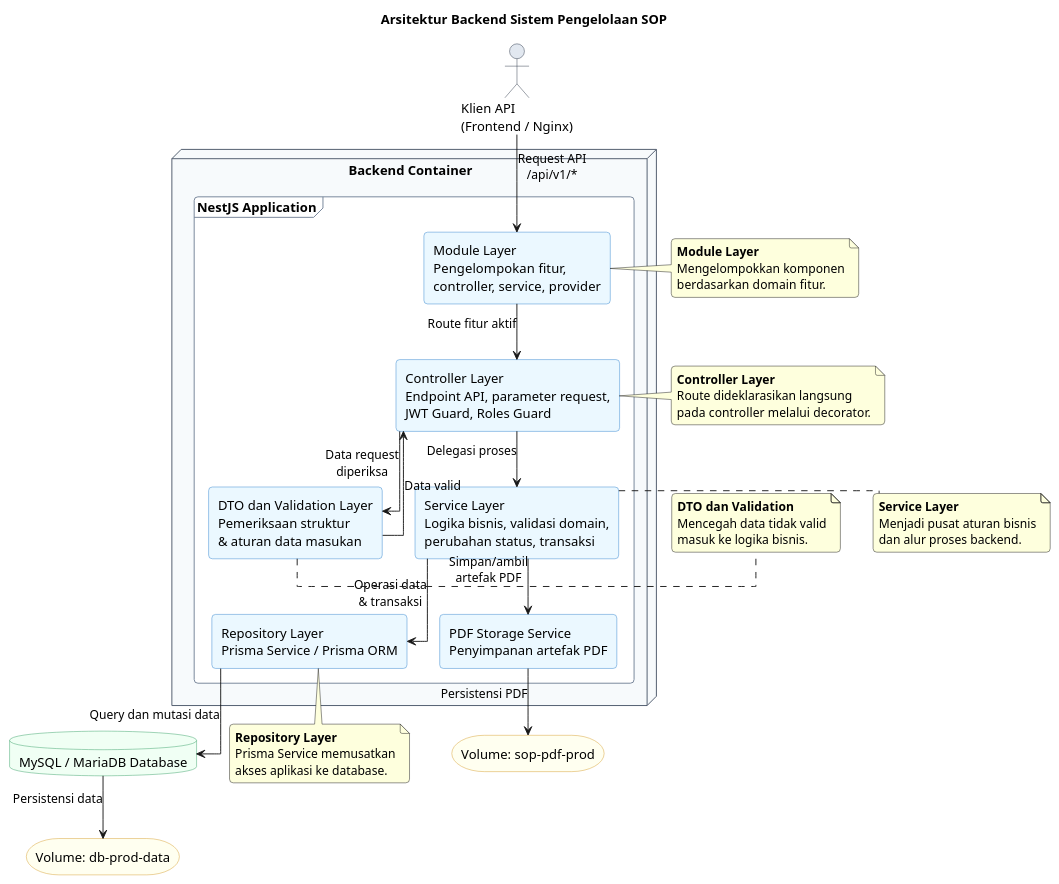
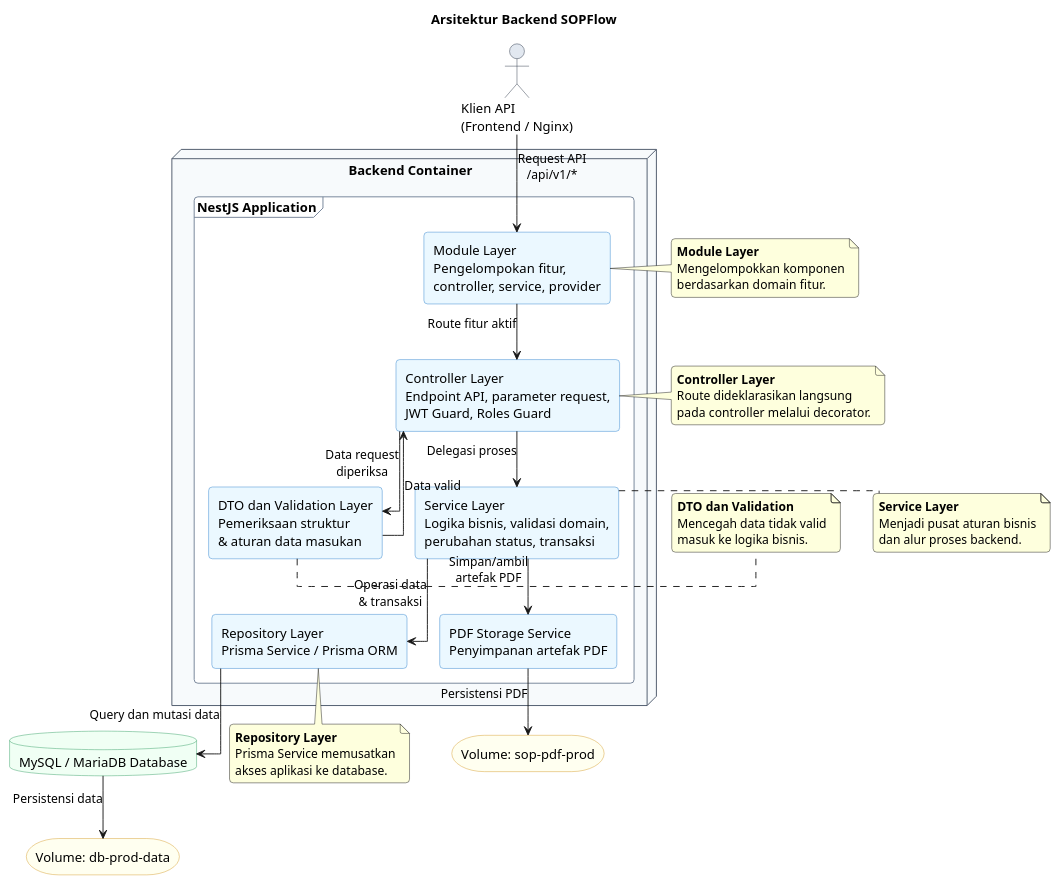
The second of 3 diagrams in docs/arsitektur-sistem.md (howlil/sop-generate-app), drawn with PlantUML before and after one commit. The commit also changed other lines of this file and 271 other files, not shown here.

````diff
--- a/docs/arsitektur-sistem.md
+++ b/docs/arsitektur-sistem.md
@@ -151,6 +151,6 @@
 ```plantuml
 @startuml
-title Arsitektur Backend Sistem Pengelolaan SOP
+title Arsitektur Backend SOPFlow
 
 skinparam {
   componentStyle rectangle
````
